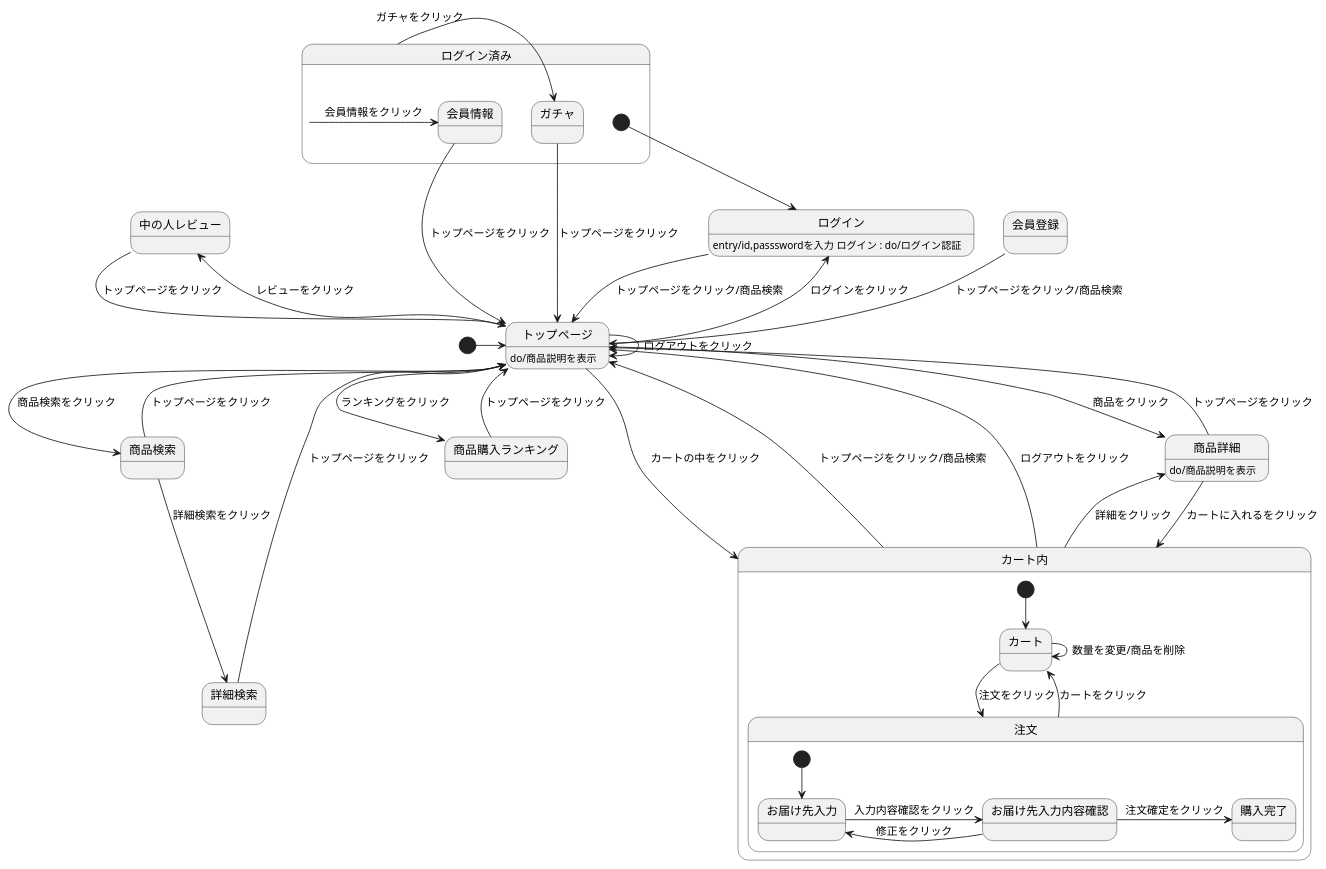
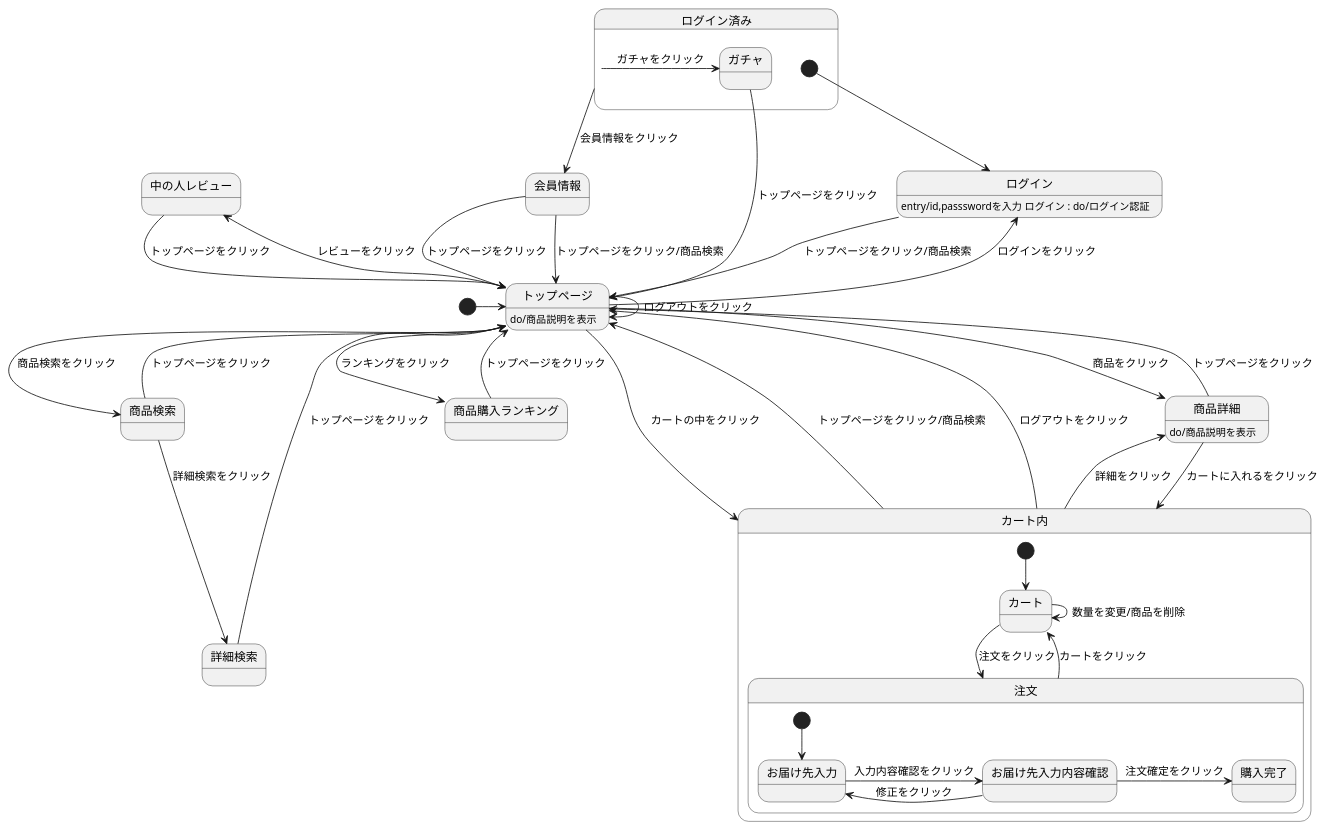
One commit to Aso2001220/2021sys-design changed the diagram in 4_01.md. Above: the diagram before and after it, drawn with PlantUML.

````diff
--- a/4_01.md
+++ b/4_01.md
@@ -1,47 +1,47 @@
 ```uml
 @startuml
 
 [*] -> トップページ
-会員登録 --> トップページ : トップページをクリック/商品検索
+会員情報 --> トップページ : トップページをクリック/商品検索
 ログイン --> トップページ : トップページをクリック/商品検索
 ログイン : entry/id,passswordを入力 ログイン : do/ログイン認証
 state ログイン済み{
 [*] --> ログイン
 ログイン済み -> 会員情報 : 会員情報をクリック
 ログイン済み -> ガチャ : ガチャをクリック
 ガチャ --> トップページ : トップページをクリック
 会員情報 --> トップページ : トップページをクリック
 }
 トップページ --> トップページ : ログアウトをクリック
 トップページ -> 商品検索 : 商品検索をクリック
 トップページ -> 商品詳細 : 商品をクリック
 トップページ -left-> ログイン : ログインをクリック
 トップページ -left-> 中の人レビュー : レビューをクリック
 トップページ -> 商品購入ランキング : ランキングをクリック
 トップページ --> カート内 : カートの中をクリック
 トップページ : do/商品説明を表示
 商品詳細 --> カート内 : カートに入れるをクリック
 商品詳細 --> トップページ : トップページをクリック
 商品詳細 : do/商品説明を表示
 カート内 -up-> トップページ : トップページをクリック/商品検索
 カート内 -up-> トップページ : ログアウトをクリック
 カート内 -> 商品詳細 : 詳細をクリック
 中の人レビュー --> トップページ : トップページをクリック
 商品検索 --> 詳細検索 : 詳細検索をクリック
 商品検索 --> トップページ : トップページをクリック
 詳細検索 --> トップページ : トップページをクリック
 商品購入ランキング --> トップページ : トップページをクリック
 state カート内{
 [*] --> カート 
 カート -> 注文 : 注文をクリック
 カート -> カート : 数量を変更/商品を削除
 注文 --> カート : カートをクリック
 state 注文{ 
 [*] --> お届け先入力
 お届け先入力 -> お届け先入力内容確認 : 入力内容確認をクリック
 お届け先入力内容確認 -> お届け先入力 : 修正をクリック
 お届け先入力内容確認 -> 購入完了 : 注文確定をクリック
 } 
 }
 @enduml
 ```
````
